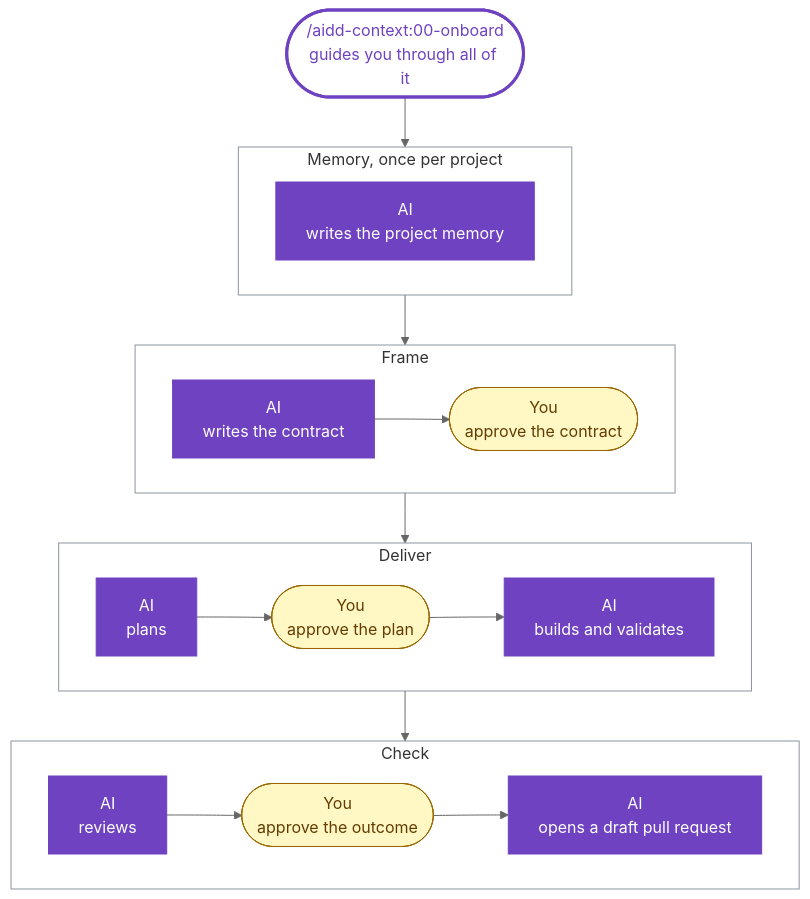
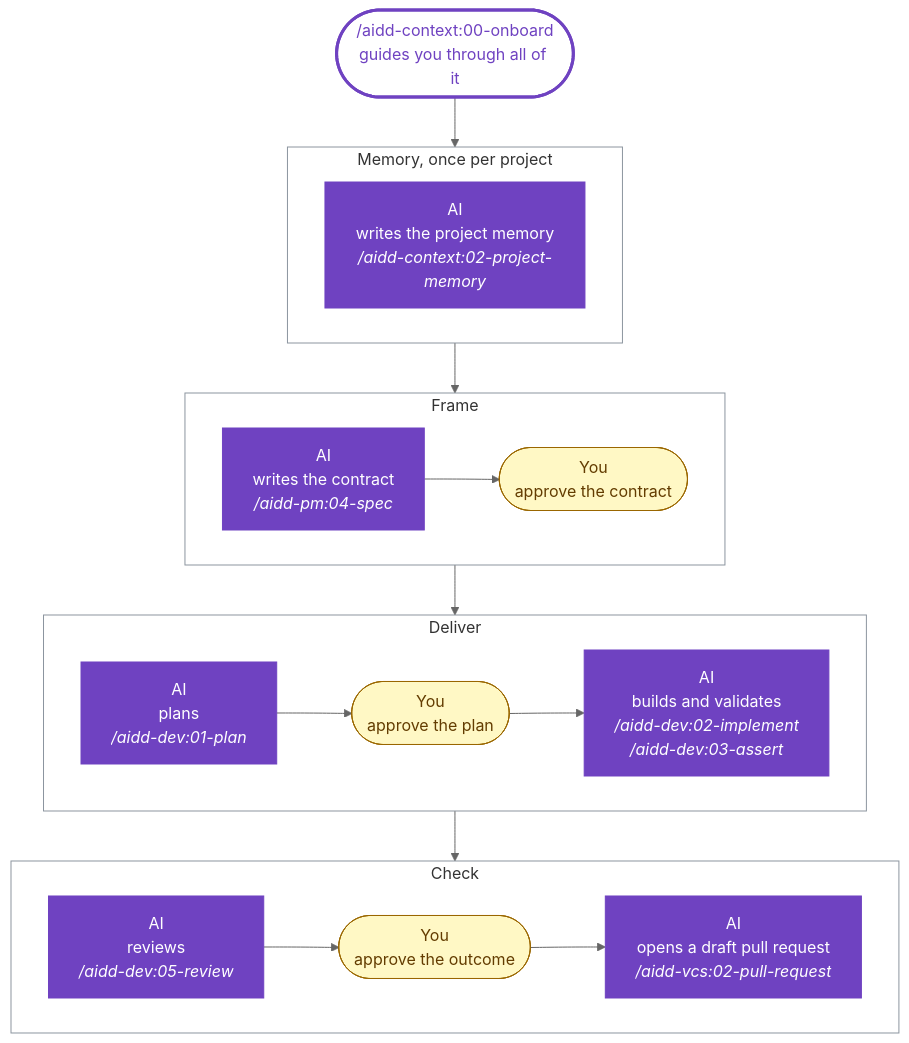
Before and after one commit to ai-driven-dev/framework: the diagram in README.md, drawn with Mermaid (neutral theme). The commit also changed other lines of this file and 2 other files, not shown here.

Commit message:
docs: name the main skill on each overview step and put the star call first
Claude-Session: https://claude.ai/code/session_01XeK3mC3qVx2LexeimdGWvC

````diff
--- a/README.md
+++ b/README.md
@@ -107,31 +107,31 @@
 ```mermaid
 flowchart TD
   start(["/aidd-context:00-onboard<br/>guides you through all of it"])
   subgraph memory["Memory, once per project"]
-    projectMemory["AI<br/>writes the project memory"]
+    projectMemory["AI<br/>writes the project memory<br/><i>/aidd-context:02-project-memory</i>"]
   end
   subgraph frame["Frame"]
     direction LR
-    writeContract["AI<br/>writes the contract"] --> approveContract(["You<br/>approve the contract"])
+    writeContract["AI<br/>writes the contract<br/><i>/aidd-pm:04-spec</i>"] --> approveContract(["You<br/>approve the contract"])
   end
   subgraph deliver["Deliver"]
     direction LR
-    plan["AI<br/>plans"] --> approvePlan(["You<br/>approve the plan"]) --> build["AI<br/>builds and validates"]
+    plan["AI<br/>plans<br/><i>/aidd-dev:01-plan</i>"] --> approvePlan(["You<br/>approve the plan"]) --> build["AI<br/>builds and validates<br/><i>/aidd-dev:02-implement<br/>/aidd-dev:03-assert</i>"]
   end
   subgraph check["Check"]
     direction LR
-    review["AI<br/>reviews"] --> approveOutcome(["You<br/>approve the outcome"]) --> pr["AI<br/>opens a draft pull request"]
+    review["AI<br/>reviews<br/><i>/aidd-dev:05-review</i>"] --> approveOutcome(["You<br/>approve the outcome"]) --> pr["AI<br/>opens a draft pull request<br/><i>/aidd-vcs:02-pull-request</i>"]
   end
   start --> memory --> frame --> deliver --> check
 
   classDef ai fill:#6f42c1,stroke:#6f42c1,color:#fff
   classDef you fill:#fff8c5,stroke:#9a6700,color:#633c01
   classDef entry fill:#fff,stroke:#6f42c1,stroke-width:3px,color:#6f42c1
   class projectMemory,writeContract,plan,build,review,pr ai
   class approveContract,approvePlan,approveOutcome you
   class start entry
   style memory fill:none,stroke:#8c959f
   style frame fill:none,stroke:#8c959f
   style deliver fill:none,stroke:#8c959f
   style check fill:none,stroke:#8c959f
 ```
````
